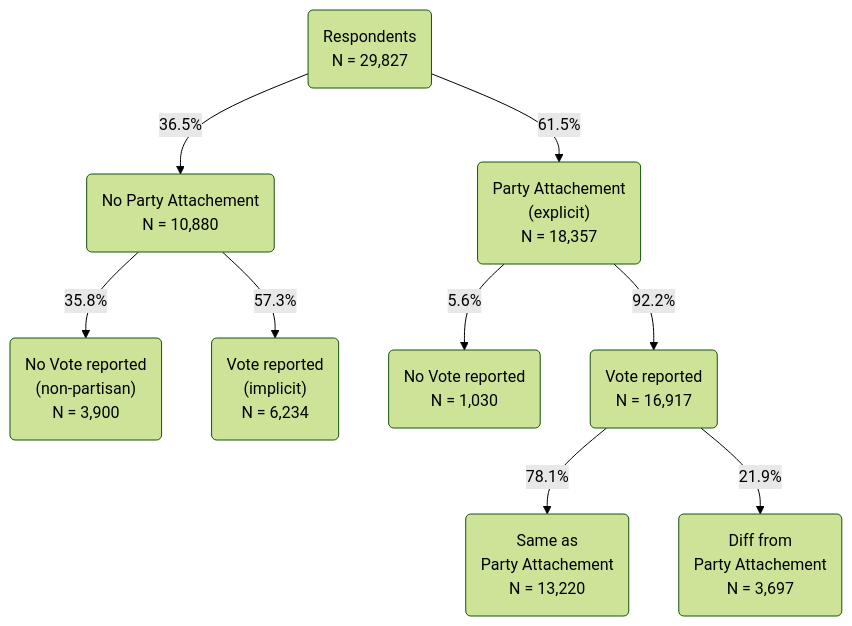
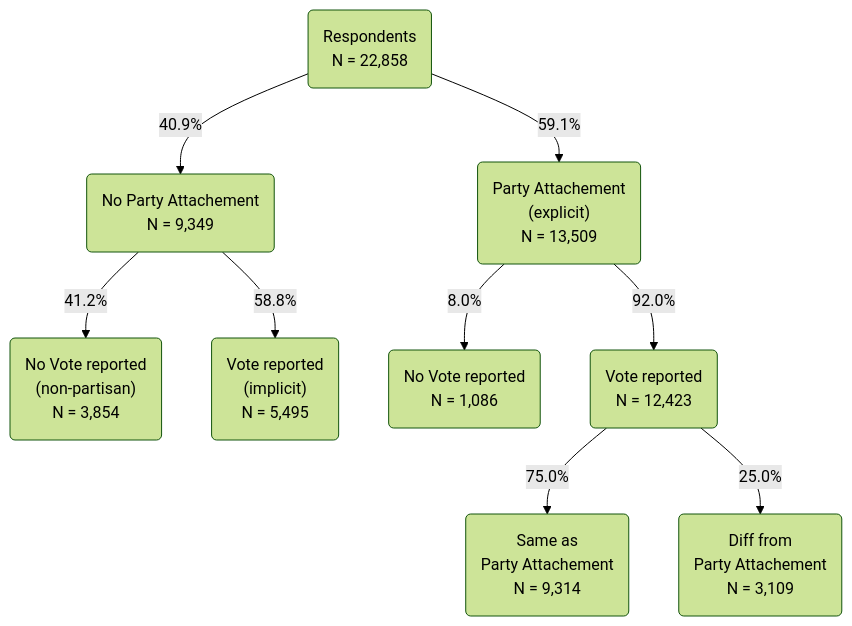
Before and after one commit to LS-Konig/CSAP: the diagram in code/03_explanal/3.1_descr_anal.qmd, drawn with Mermaid (forest theme). The commit also changed other lines of this file and 28 other files, not shown here.

````diff
--- a/code/03_explanal/3.1_descr_anal.qmd
+++ b/code/03_explanal/3.1_descr_anal.qmd
@@ -374,16 +374,16 @@
 ```{mermaid}
 flowchart TD
-    A("Respondents <br> N = 29,827") 
-        -->|36.5%| B("No Party Attachement <br> N = 10,880") 
-    A 
-        -->|61.5%| C("Party Attachement <br> (explicit) <br> N = 18,357")
+    A("Respondents <br> N = 22,858")
+        -->|40.9%| B("No Party Attachement <br> N = 9,349")
+    A
+        -->|59.1%| C("Party Attachement <br> (explicit) <br> N = 13,509")
 
-    B -->|35.8%| D("No Vote reported <br> (non-partisan) <br> N = 3,900")
-    B -->|57.3%| E("Vote reported <br> (implicit) <br> N = 6,234")
+    B -->|41.2%| D("No Vote reported <br> (non-partisan) <br> N = 3,854")
+    B -->|58.8%| E("Vote reported <br> (implicit) <br> N = 5,495")
 
-    C -->|5.6%| F("No Vote reported <br> N = 1,030")
-    C -->|92.2%| G("Vote reported <br> N = 16,917")
+    C -->|8.0%| F("No Vote reported <br> N = 1,086")
+    C -->|92.0%| G("Vote reported <br> N = 12,423")
 
-    G -->|78.1%| H("Same as <br> Party Attachement <br> N = 13,220")
-    G -->|21.9%| I("Diff from <br> Party Attachement <br> N = 3,697")
+    G -->|75.0%| H("Same as <br> Party Attachement <br> N = 9,314")
+    G -->|25.0%| I("Diff from <br> Party Attachement <br> N = 3,109")
 ```
````
